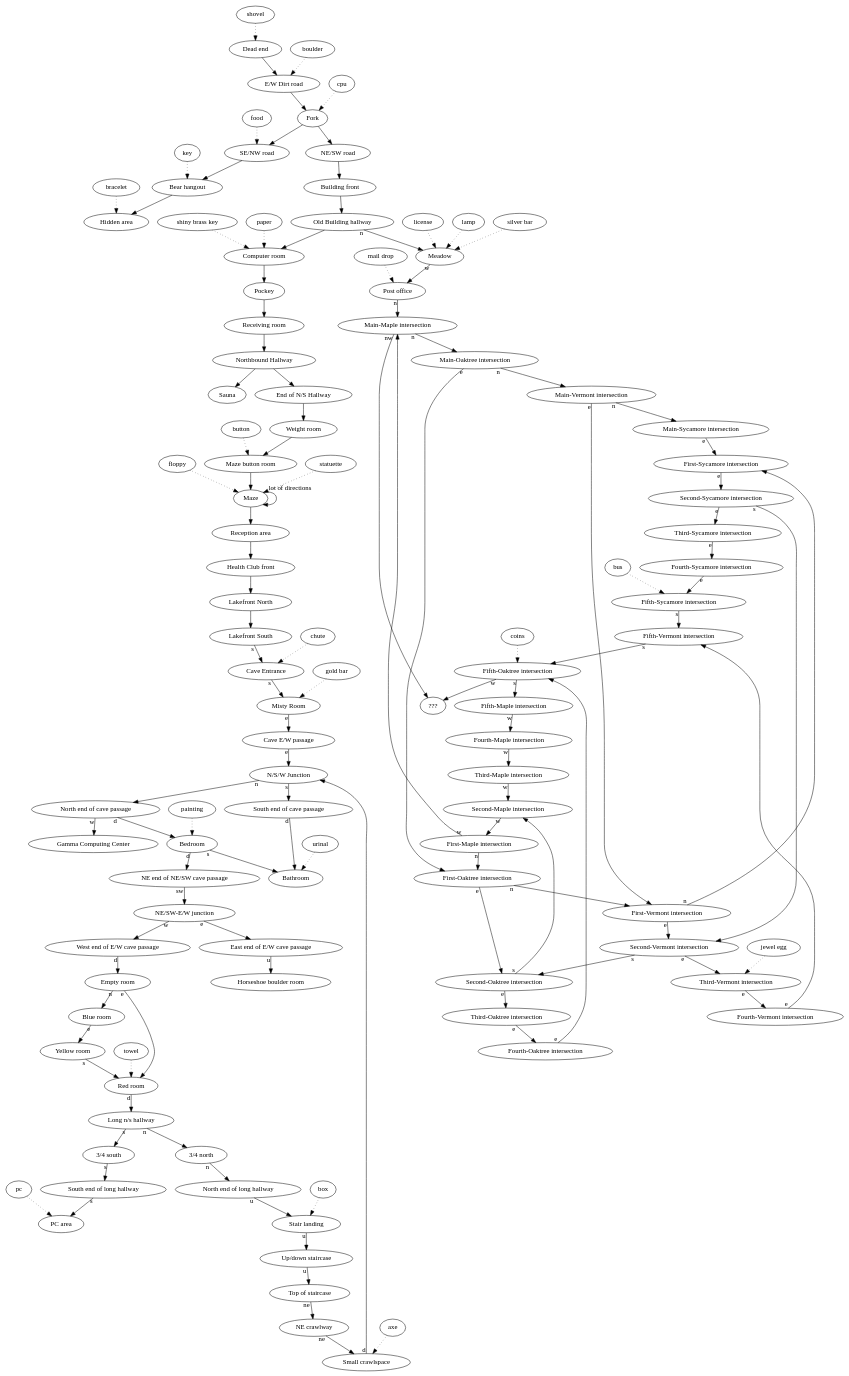
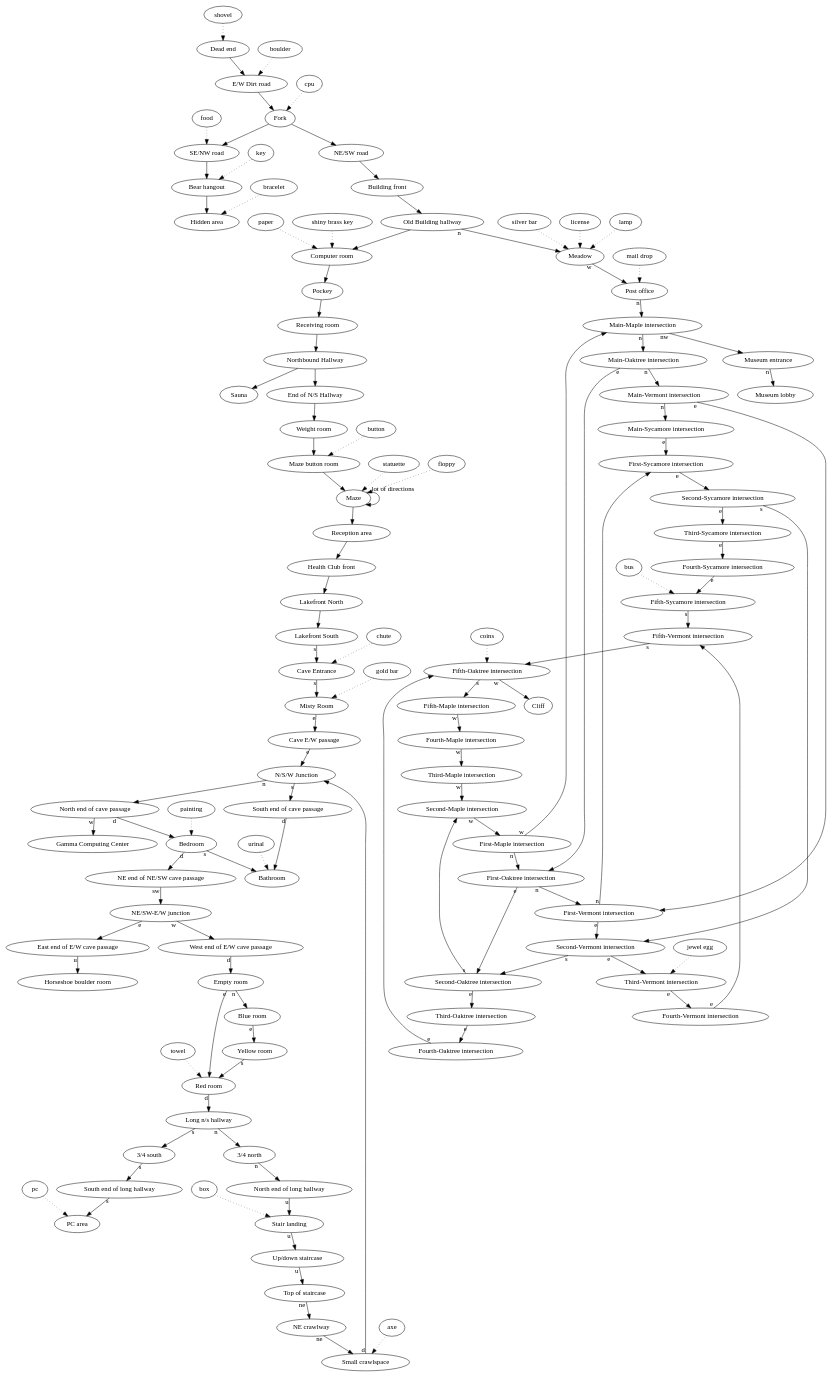
The diagram in dunnet.org (alvarogonzalezsotillo/.emacs.d), drawn with Graphviz before and after one commit. The commit also changed other lines of this file and 3 other files, not shown here.

```diff
--- a/dunnet.org
+++ b/dunnet.org
@@ -99,7 +99,7 @@
   "bus" -> "Fifth-Sycamore intersection" [style="dotted"]
 
   "Fifth-Vermont intersection" -> "Fifth-Oaktree intersection" [taillabel="s"]
-  "Fifth-Oaktree intersection" -> "???" [taillabel="w"]   
+  "Fifth-Oaktree intersection" -> "Cliff" [taillabel="w"]   
   "coins" -> "Fifth-Oaktree intersection" [style="dotted"]
   "Fifth-Oaktree intersection" -> "Fifth-Maple intersection" [taillabel="s"]    
 
@@ -119,7 +119,7 @@
 
  "Second-Oaktree intersection" -> "Second-Maple intersection" [taillabel="s"]
 
- "Main-Maple intersection" -> "???" [taillabel="nw"]
+ "Main-Maple intersection" -> "Museum entrance" [taillabel="nw"]
 
  "Main-Oaktree intersection" -> "First-Oaktree intersection" [taillabel="e"]
 
@@ -140,6 +140,7 @@
  "Third-Vermont intersection" -> "Fourth-Vermont intersection" [taillabel="e"]
  "Fourth-Vermont intersection" -> "Fifth-Vermont intersection" [taillabel="e"]
 
+ "Museum entrance" -> "Museum lobby" [taillabel="n"]
 }
 
 #+END_SRC
```
